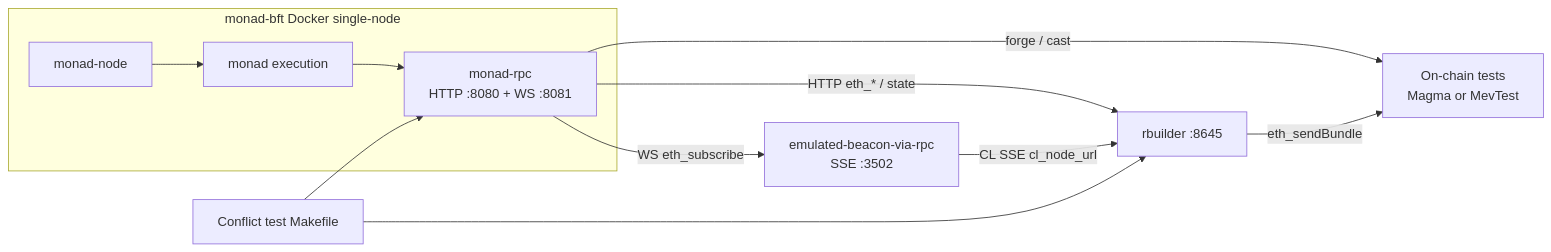
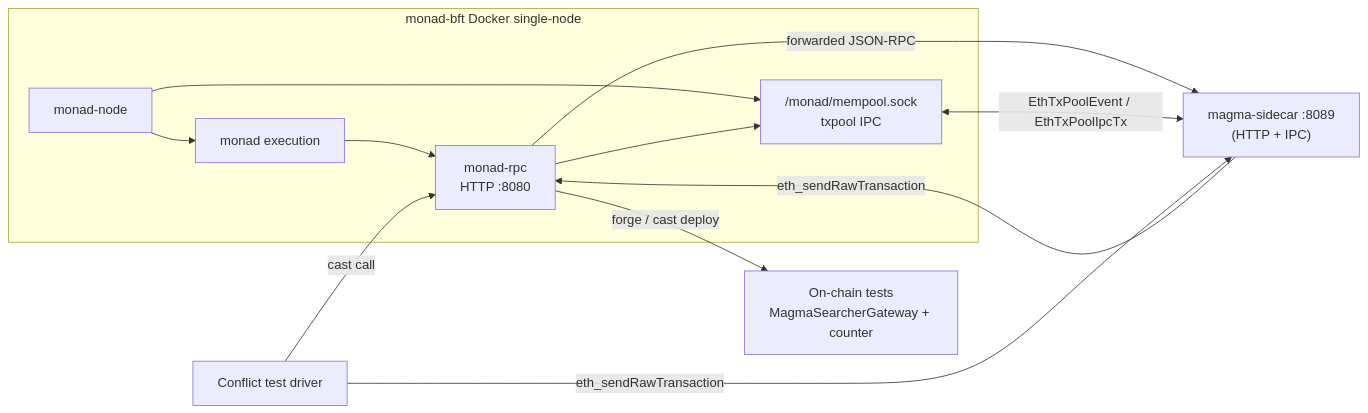
One commit to MagmaStaking/magma-sidecar changed the diagram in docs/LOCAL_DEVELOPMENT.md. Above: the diagram before and after it, drawn with Mermaid. The commit also changed other lines of this file and 2 other files, not shown here.

First line of the commit message:
Refine architecture documentation and local development guide

````diff
--- a/docs/LOCAL_DEVELOPMENT.md
+++ b/docs/LOCAL_DEVELOPMENT.md
@@ -24,25 +15,24 @@
 ```mermaid
 flowchart LR
   subgraph monad["monad-bft Docker single-node"]
     MN[monad-node]
     ME[monad execution]
-    MR["monad-rpc\nHTTP :8080 + WS :8081"]
+    MR["monad-rpc\nHTTP :8080"]
+    SOCK["/monad/mempool.sock\ntxpool IPC"]
     MN --> ME
     ME --> MR
+    MN --> SOCK
+    MR --> SOCK
   end
 
-  EB["emulated-beacon-via-rpc\nSSE :3502"]
-  MR -->|"WS eth_subscribe"| EB
+  SC["magma-sidecar :8089\n(HTTP + IPC)"]
+  MR -->|"forwarded JSON-RPC"| SC
+  SC -->|"eth_sendRawTransaction"| MR
+  SOCK <-->|"EthTxPoolEvent / EthTxPoolIpcTx"| SC
 
-  RB[rbuilder :8645]
-  MR -->|"HTTP eth_* / state"| RB
-  EB -->|"CL SSE cl_node_url"| RB
-
-  GW[On-chain tests\nMagma or MevTest]
-  RB -->|"eth_sendBundle"| GW
-  MR -->|"forge / cast"| GW
-
-  TS[Conflict test Makefile]
-  TS --> RB
-  TS --> MR
+  GW[On-chain tests\nMagmaSearcherGateway + counter]
+  MR -->|"forge / cast deploy"| GW
+  TS[Conflict test driver]
+  TS -->|"eth_sendRawTransaction"| SC
+  TS -->|"cast call"| MR
 ```
````
